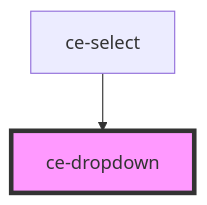
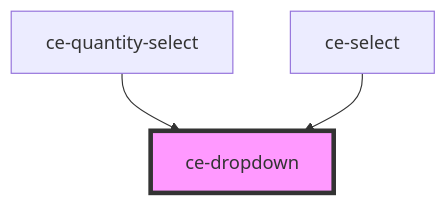
The diagram in packages/components/docs/components/ui/dropdown/readme.md (surecart/surecart-wp-plugin), drawn with Mermaid before and after one commit. The commit also changed other lines of this file and 19 other files, not shown here.

````diff
--- a/packages/components/docs/components/ui/dropdown/readme.md
+++ b/packages/components/docs/components/ui/dropdown/readme.md
@@ -39,5 +40,6 @@
 ```mermaid
 graph TD;
+  ce-quantity-select --> ce-dropdown
   ce-select --> ce-dropdown
   style ce-dropdown fill:#f9f,stroke:#333,stroke-width:4px
 ```
````
